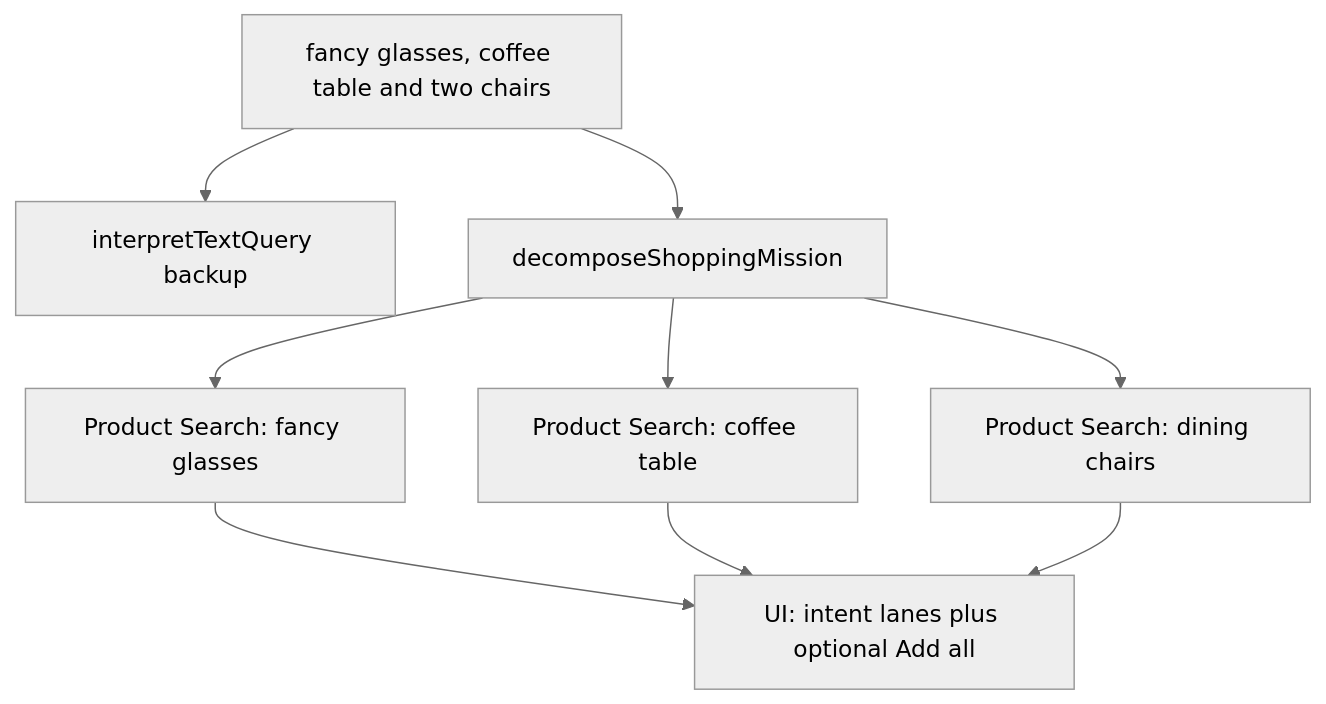
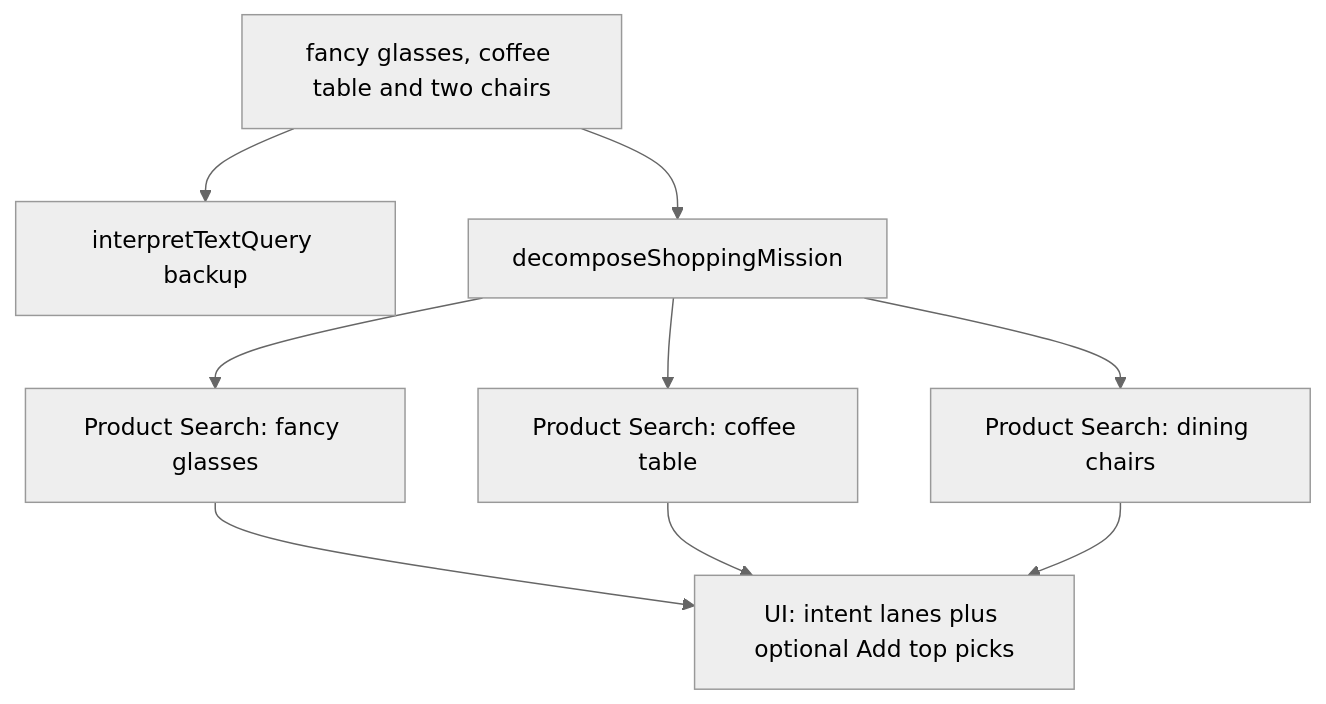
Before and after one commit to tomasz-miller/commerce-ai-tool: the fourth of 4 diagrams in docs/search-pipeline.md, drawn with Mermaid (neutral theme). The commit also changed other lines of this file and 72 other files, not shown here.

````diff
--- a/docs/search-pipeline.md
+++ b/docs/search-pipeline.md
@@ -322,19 +322,19 @@
 ```mermaid
 flowchart TD
   q["fancy glasses, coffee table and two chairs"]
   interpret["interpretTextQuery backup"]
   mission["decomposeShoppingMission"]
   g1["Product Search: fancy glasses"]
   g2["Product Search: coffee table"]
   g3["Product Search: dining chairs"]
-  ui["UI: intent lanes plus optional Add all"]
+  ui["UI: intent lanes plus optional Add top picks"]
 
   q --> interpret
   q --> mission
   mission --> g1
   mission --> g2
   mission --> g3
   g1 --> ui
   g2 --> ui
   g3 --> ui
 ```
````
